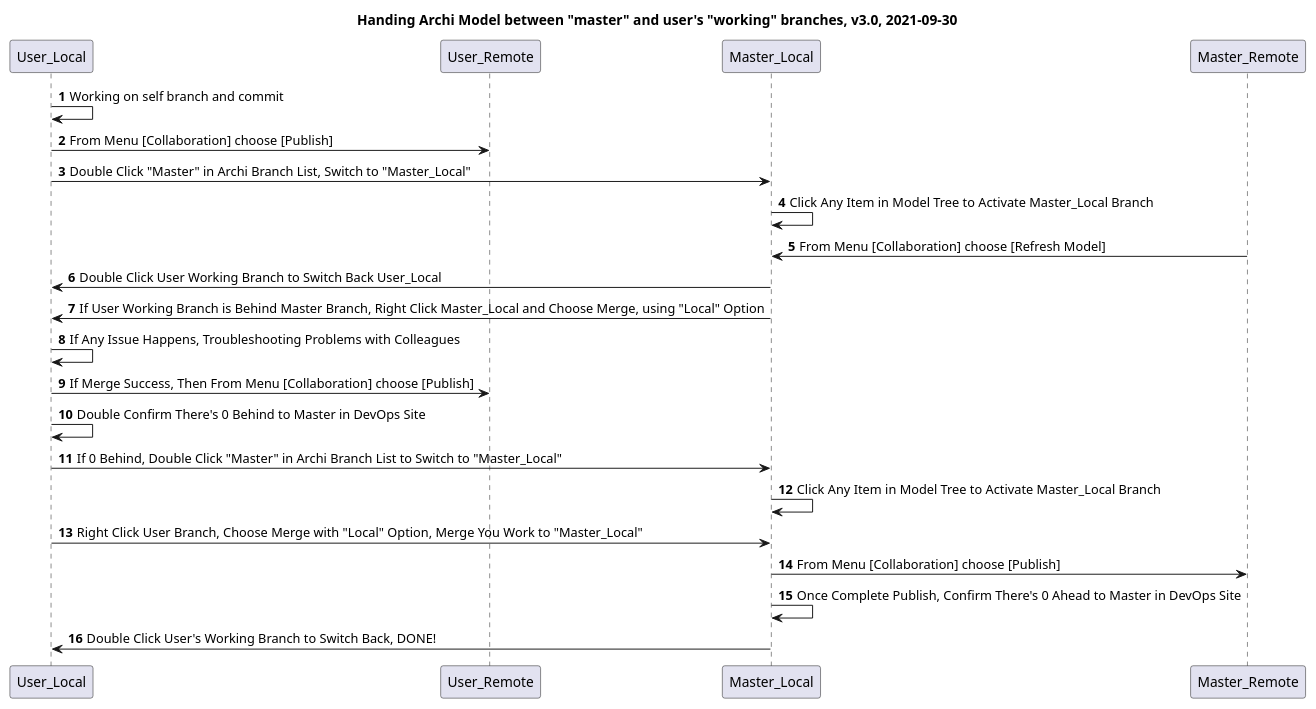
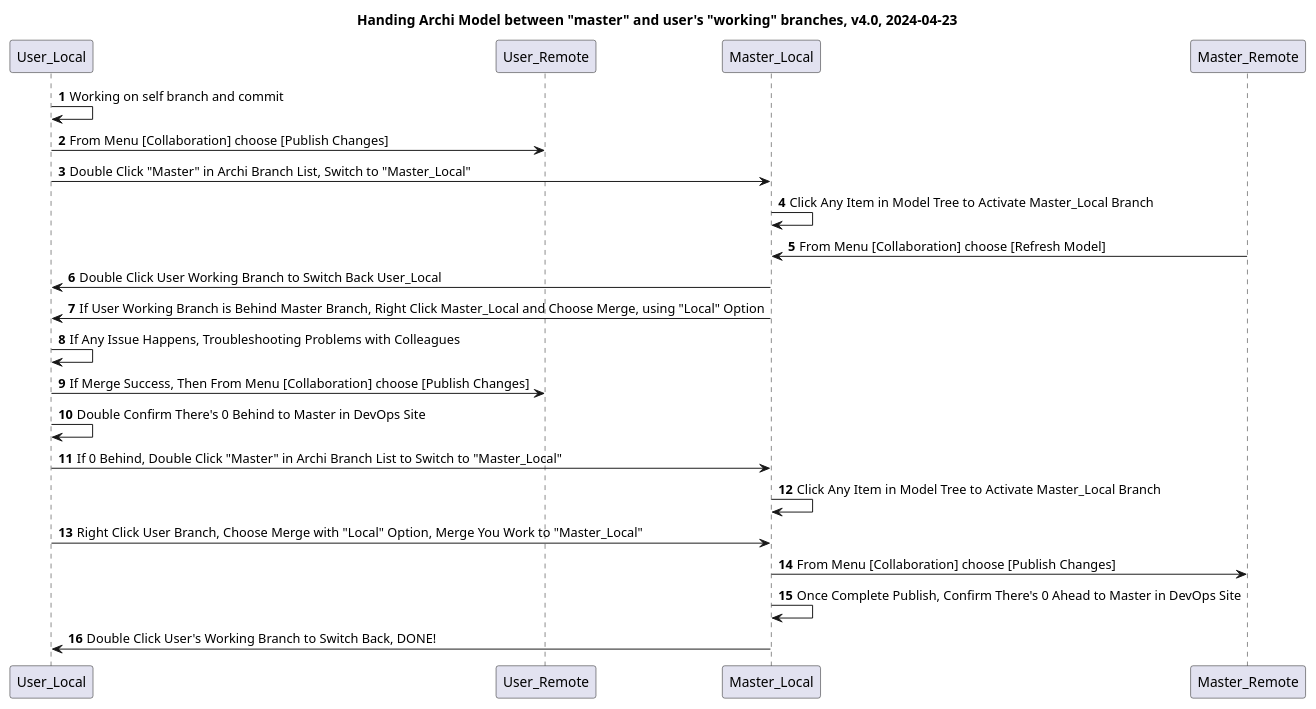
The diagram in architool/handle_branch.puml (yasenstar/EA), drawn with PlantUML before and after one commit.

```diff
--- a/architool/handle_branch.puml
+++ b/architool/handle_branch.puml
@@ -1,25 +1,25 @@
 @startuml
 'https://plantuml.com/sequence-diagram
 
-title Handing Archi Model between "master" and user's "working" branches, v3.0, 2021-09-30
+title Handing Archi Model between "master" and user's "working" branches, v4.0, 2024-04-23
 
 autonumber
 
 User_Local -> User_Local: Working on self branch and commit
-User_Local -> User_Remote: From Menu [Collaboration] choose [Publish]
+User_Local -> User_Remote: From Menu [Collaboration] choose [Publish Changes]
 User_Local -> Master_Local: Double Click "Master" in Archi Branch List, Switch to "Master_Local"
 Master_Local -> Master_Local: Click Any Item in Model Tree to Activate Master_Local Branch
 Master_Remote -> Master_Local: From Menu [Collaboration] choose [Refresh Model]
 Master_Local -> User_Local: Double Click User Working Branch to Switch Back User_Local
 Master_Local -> User_Local: If User Working Branch is Behind Master Branch, Right Click Master_Local and Choose Merge, using "Local" Option
 User_Local -> User_Local: If Any Issue Happens, Troubleshooting Problems with Colleagues
-User_Local -> User_Remote: If Merge Success, Then From Menu [Collaboration] choose [Publish]
+User_Local -> User_Remote: If Merge Success, Then From Menu [Collaboration] choose [Publish Changes]
 User_Local -> User_Local: Double Confirm There's 0 Behind to Master in DevOps Site
 User_Local -> Master_Local: If 0 Behind, Double Click "Master" in Archi Branch List to Switch to "Master_Local"
 Master_Local -> Master_Local: Click Any Item in Model Tree to Activate Master_Local Branch
 User_Local -> Master_Local: Right Click User Branch, Choose Merge with "Local" Option, Merge You Work to "Master_Local"
-Master_Local -> Master_Remote: From Menu [Collaboration] choose [Publish]
+Master_Local -> Master_Remote: From Menu [Collaboration] choose [Publish Changes]
 Master_Local -> Master_Local: Once Complete Publish, Confirm There's 0 Ahead to Master in DevOps Site
 Master_Local -> User_Local: Double Click User's Working Branch to Switch Back, DONE!
 
 @enduml
```
